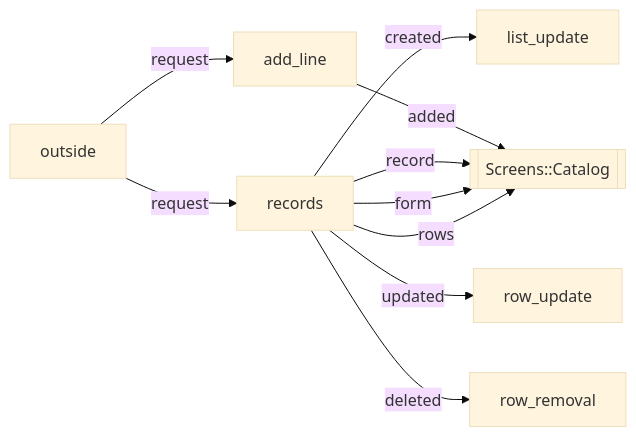
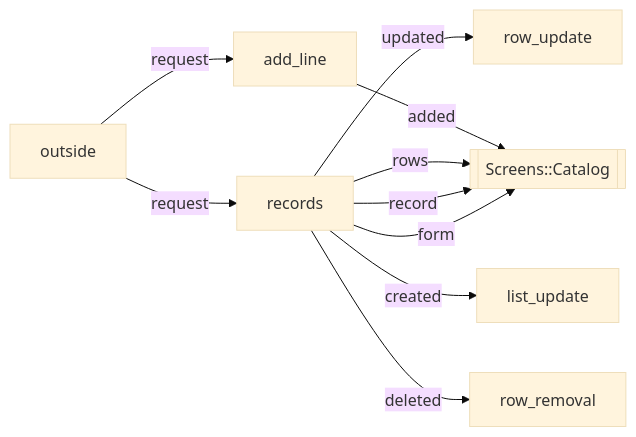
One commit to modellurgist/ala_variants_ruby changed the diagram in v06-plain-rails/docs/diagrams/running/catalog.md. Above: the diagram before and after it, drawn with Mermaid (base theme). The commit also changed other lines of this file and 12 other files, not shown here.

Commit message:
chore: diagrams in test runs

````diff
--- a/v06-plain-rails/docs/diagrams/running/catalog.md
+++ b/v06-plain-rails/docs/diagrams/running/catalog.md
@@ -3,18 +3,18 @@
 ```mermaid
 flowchart LR
   screen[[Screens::Catalog]]
   records[records]
   list_update[list_update]
   row_update[row_update]
   row_removal[row_removal]
   add_line[add_line]
   outside -- request --> records
-  records -- rows --> screen
   records -- form --> screen
-  records -- created --> list_update
   records -- updated --> row_update
   records -- record --> screen
+  records -- rows --> screen
+  records -- created --> list_update
+  records -- deleted --> row_removal
   outside -- request --> add_line
   add_line -- added --> screen
-  records -- deleted --> row_removal
 ```
````
